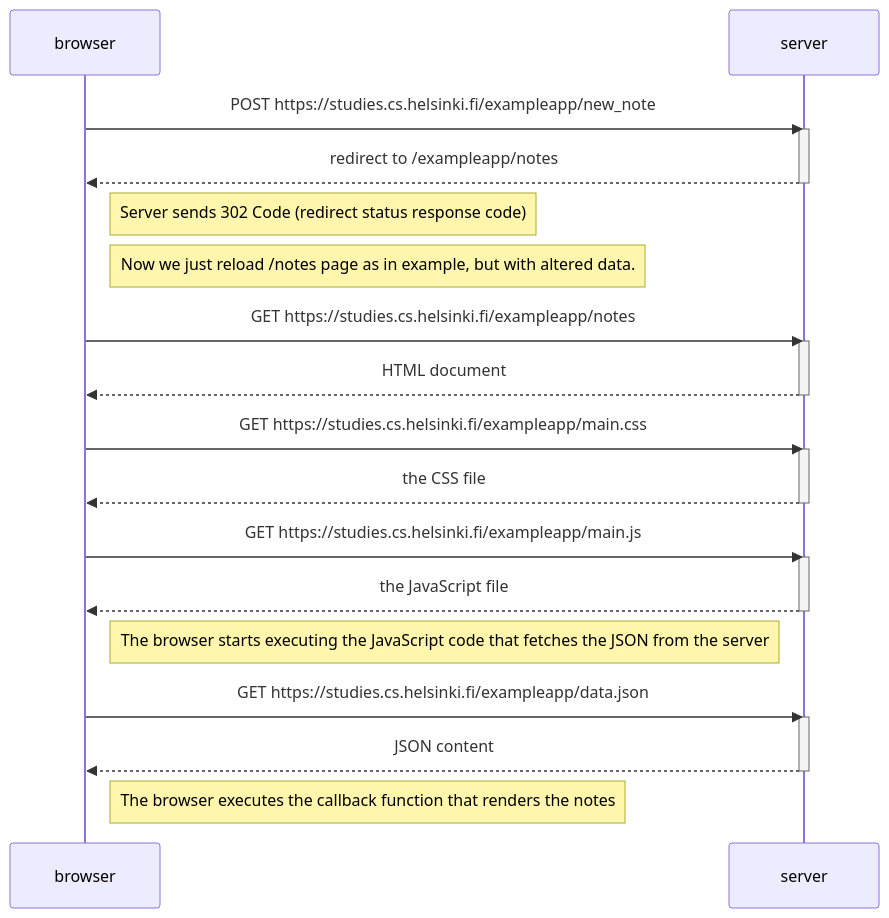
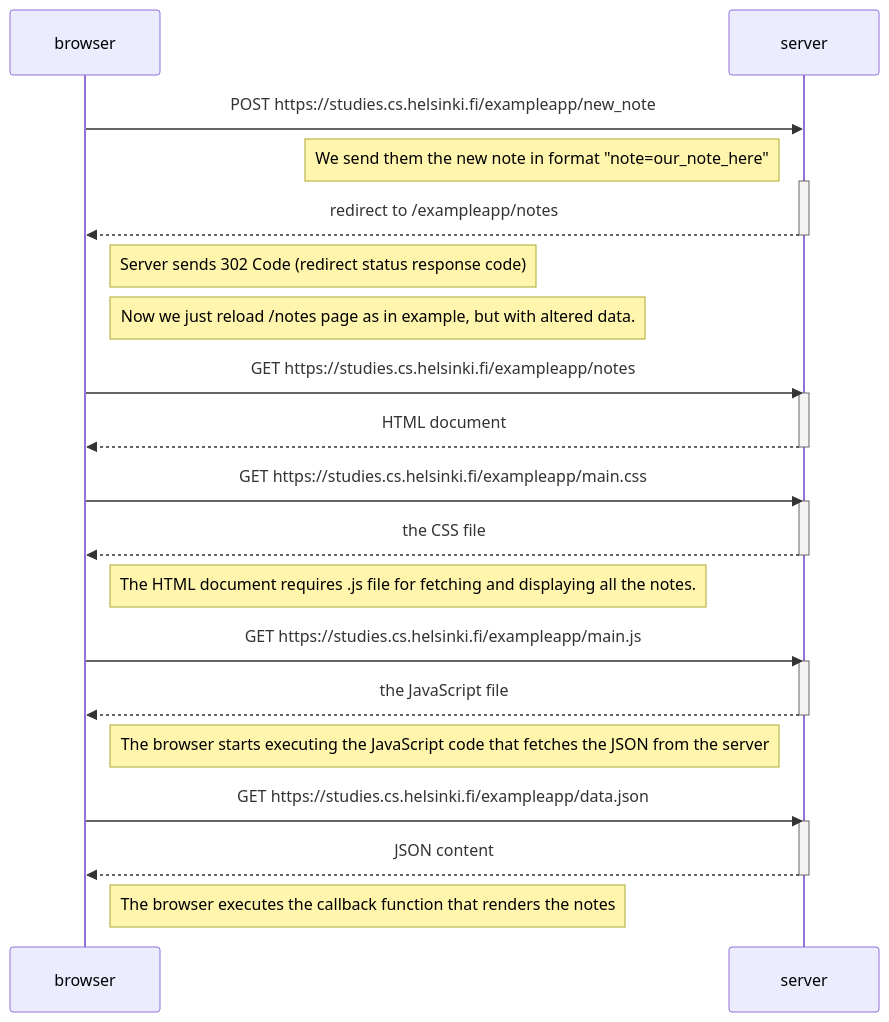
The diagram in part0/4_new_note_diagram.md (adityaagrawal53/full-stack-open-2024), drawn with Mermaid before and after one commit.

Commit message:
0.4 Added more details

````diff
--- a/part0/4_new_note_diagram.md
+++ b/part0/4_new_note_diagram.md
@@ -2,37 +2,39 @@
 ```mermaid
     sequenceDiagram
         participant browser
         participant server
 
         browser->>server: POST https://studies.cs.helsinki.fi/exampleapp/new_note
+        Note left of server: We send them the new note in format "note=our_note_here"
         activate server
         server-->>browser: redirect to /exampleapp/notes
         deactivate server
         Note right of browser: Server sends 302 Code (redirect status response code)
 
         Note right of browser: Now we just reload /notes page as in example, but with altered data.
 
         browser->>server: GET https://studies.cs.helsinki.fi/exampleapp/notes
         activate server
         server-->>browser: HTML document
         deactivate server
-
+        
         browser->>server: GET https://studies.cs.helsinki.fi/exampleapp/main.css
         activate server
         server-->>browser: the CSS file
         deactivate server
+        Note right of browser: The HTML document requires .js file for fetching and displaying all the notes. 
 
         browser->>server: GET https://studies.cs.helsinki.fi/exampleapp/main.js
         activate server
         server-->>browser: the JavaScript file
         deactivate server
 
         Note right of browser: The browser starts executing the JavaScript code that fetches the JSON from the server
 
         browser->>server: GET https://studies.cs.helsinki.fi/exampleapp/data.json
         activate server
         server-->>browser: JSON content
         deactivate server
 
         Note right of browser: The browser executes the callback function that renders the notes
 ```
````
